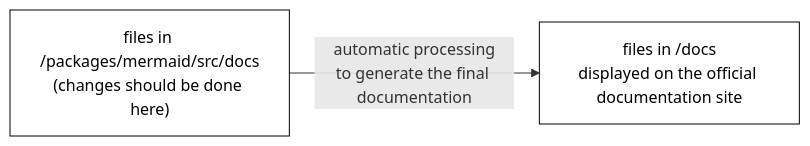
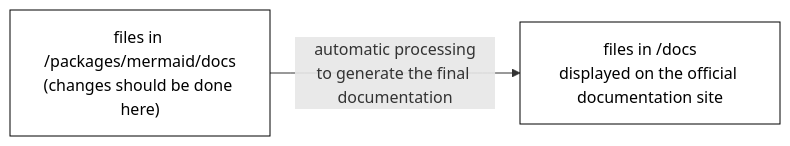
One commit to mermaid-js/mermaid changed the diagram in CONTRIBUTING.md. Above: the diagram before and after it, drawn with Mermaid. The commit also changed other lines of this file and 8 other files, not shown here.

````diff
--- a/CONTRIBUTING.md
+++ b/CONTRIBUTING.md
@@ -58,7 +58,7 @@
 ```mermaid
 flowchart LR
   classDef default fill:#fff,color:black,stroke:black
 
-  source["files in /packages/mermaid/src/docs\n(changes should be done here)"] -- automatic processing\nto generate the final documentation--> published["files in /docs\ndisplayed on the official documentation site"]
+  source["files in /packages/mermaid/docs\n(changes should be done here)"] -- automatic processing\nto generate the final documentation--> published["files in /docs\ndisplayed on the official documentation site"]
 
 ```
````
